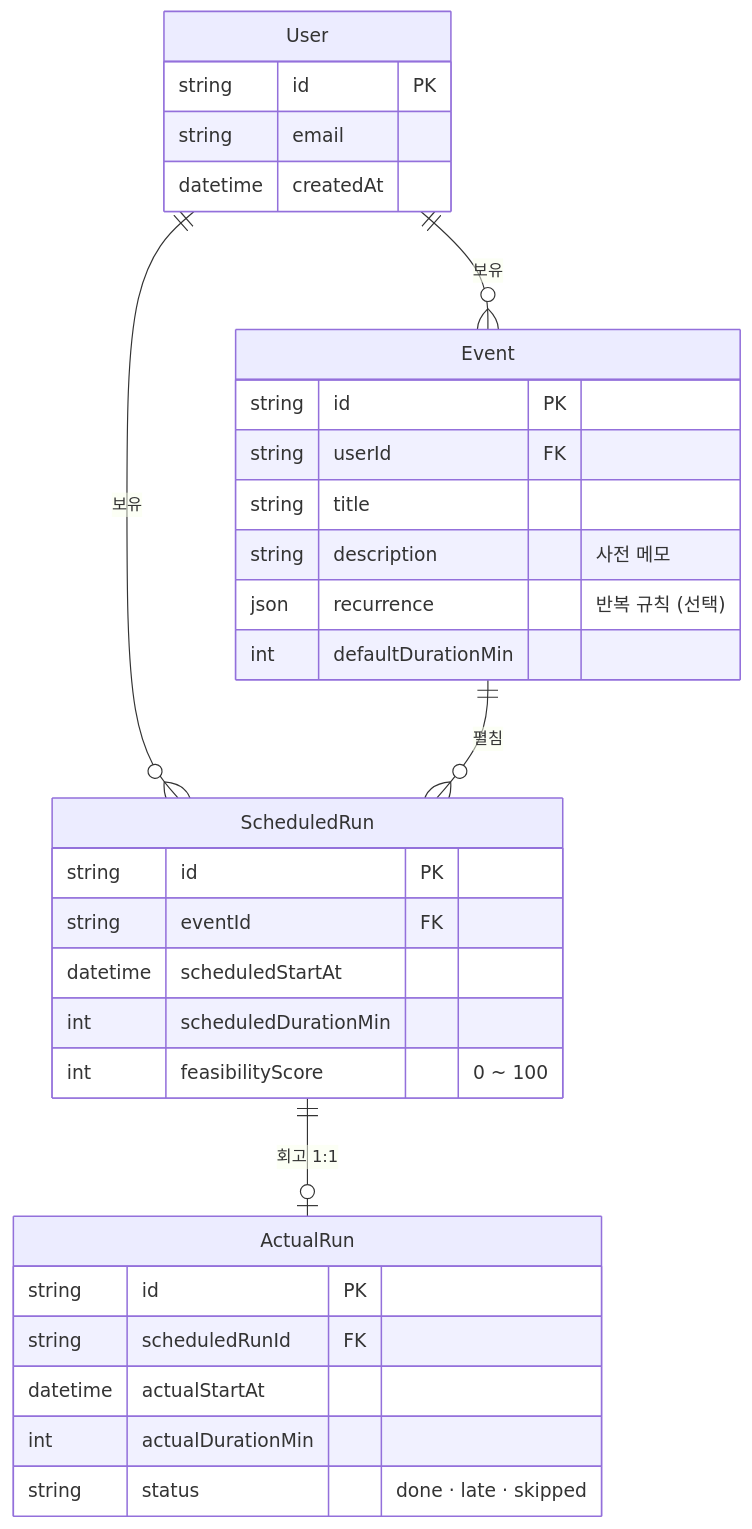
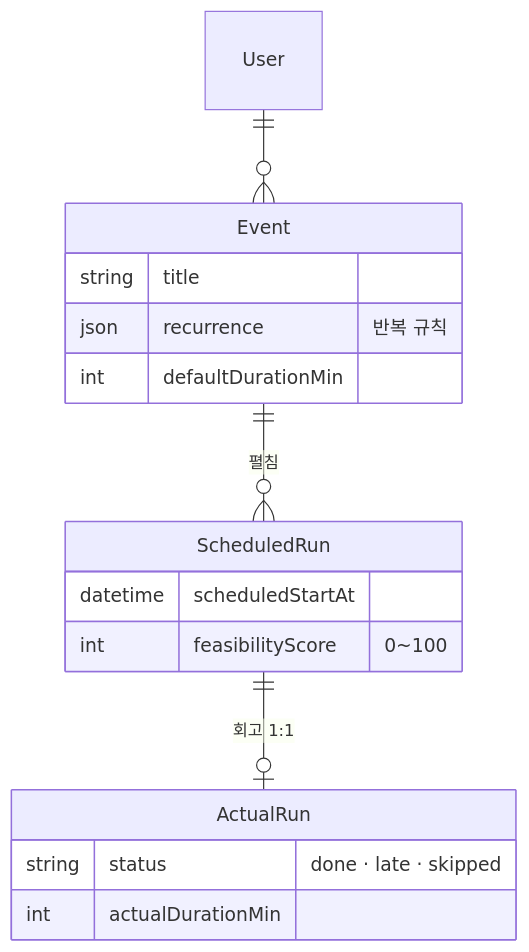
One commit to foresty110/PrescientCalendar- changed the diagram in README.md. Above: the diagram before and after it, drawn with Mermaid. The commit also changed other lines of this file and 2 other files, not shown here.

````diff
--- a/README.md
+++ b/README.md
@@ -96,35 +33,20 @@
 ```mermaid
 erDiagram
-    User ||--o{ Event : "보유"
-    User ||--o{ ScheduledRun : "보유"
+    User ||--o{ Event : ""
     Event ||--o{ ScheduledRun : "펼침"
     ScheduledRun ||--o| ActualRun : "회고 1:1"
 
-    User {
-        string id PK
-        string email
-        datetime createdAt
-    }
     Event {
-        string id PK
-        string userId FK
         string title
-        string description "사전 메모"
-        json   recurrence "반복 규칙 (선택)"
-        int    defaultDurationMin
+        json recurrence "반복 규칙"
+        int defaultDurationMin
     }
     ScheduledRun {
-        string id PK
-        string eventId FK
         datetime scheduledStartAt
-        int    scheduledDurationMin
-        int    feasibilityScore "0 ~ 100"
+        int feasibilityScore "0~100"
     }
     ActualRun {
-        string id PK
-        string scheduledRunId FK
-        datetime actualStartAt
-        int    actualDurationMin
         string status "done · late · skipped"
+        int actualDurationMin
     }
 ```
````
